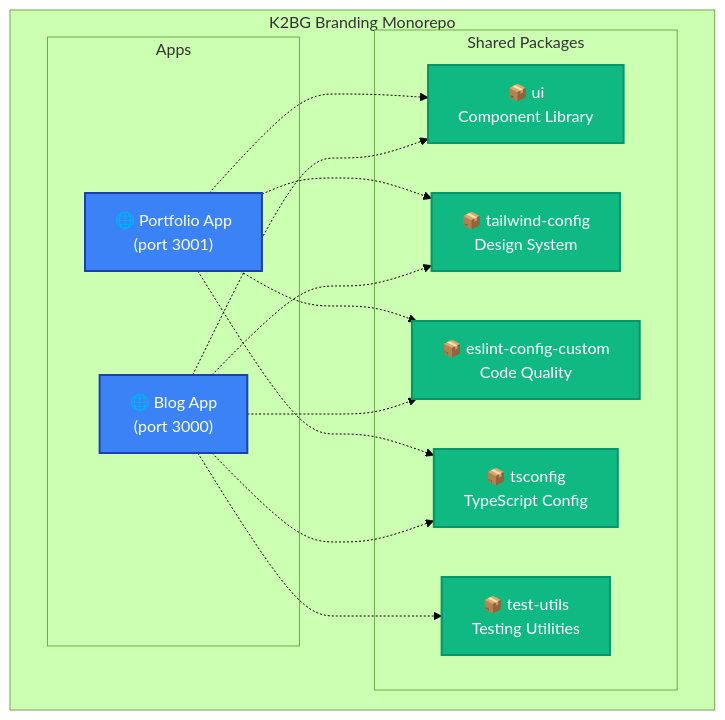
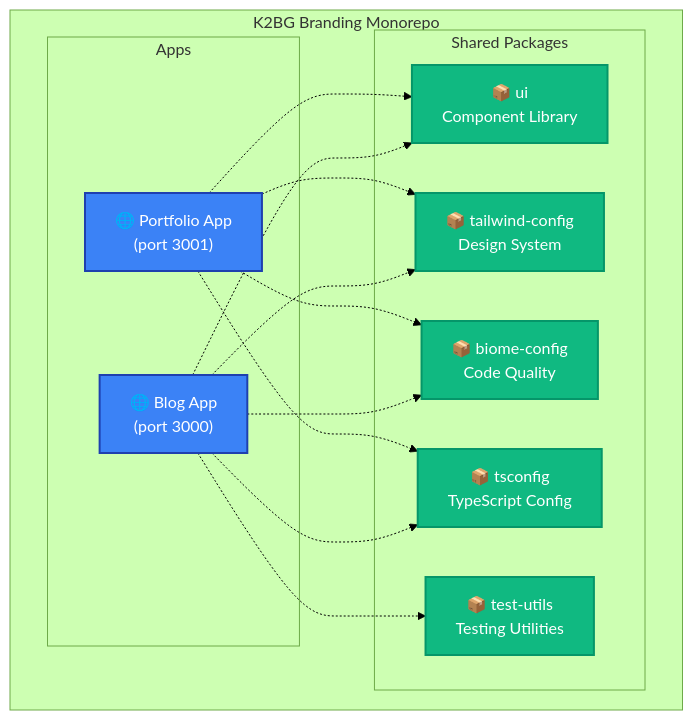
One commit to k2bg-technology/k2bg-branding changed the first of 5 diagrams in README.md. Above: the diagram before and after it, drawn with Mermaid (forest theme). The commit also changed other lines of this file and 19 other files, not shown here.

First line of the commit message:
🧑‍💻 Replace ESLint and Prettier with Biome

````diff
--- a/README.md
+++ b/README.md
@@ -118,34 +117,34 @@
 ```mermaid
 flowchart TB
     subgraph "K2BG Branding Monorepo"
         subgraph "Apps"
             Blog["🌐 Blog App<br/>(port 3000)"]
             Portfolio["🌐 Portfolio App<br/>(port 3001)"]
         end
 
         subgraph "Shared Packages"
             UI["📦 ui<br/>Component Library"]
             TailwindConfig["📦 tailwind-config<br/>Design System"]
-            ESLintConfig["📦 eslint-config-custom<br/>Code Quality"]
+            BiomeConfig["📦 biome-config<br/>Code Quality"]
             TSConfig["📦 tsconfig<br/>TypeScript Config"]
             TestUtils["📦 test-utils<br/>Testing Utilities"]
         end
     end
 
     Blog -.-> UI
     Blog -.-> TailwindConfig
-    Blog -.-> ESLintConfig
+    Blog -.-> BiomeConfig
     Blog -.-> TSConfig
     Blog -.-> TestUtils
 
     Portfolio -.-> UI
     Portfolio -.-> TailwindConfig
-    Portfolio -.-> ESLintConfig
+    Portfolio -.-> BiomeConfig
     Portfolio -.-> TSConfig
 
     classDef appStyle fill:#3B82F6,stroke:#1E40AF,stroke-width:2px,color:#fff
     classDef packageStyle fill:#10B981,stroke:#059669,stroke-width:2px,color:#fff
 
     class Blog,Portfolio appStyle
-    class UI,TailwindConfig,ESLintConfig,TSConfig,TestUtils packageStyle
+    class UI,TailwindConfig,BiomeConfig,TSConfig,TestUtils packageStyle
 ```
````
